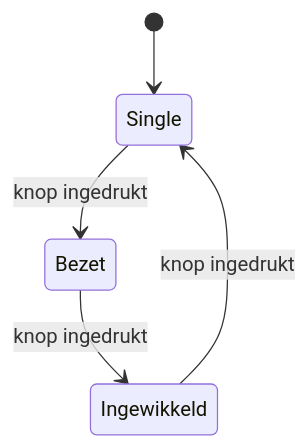
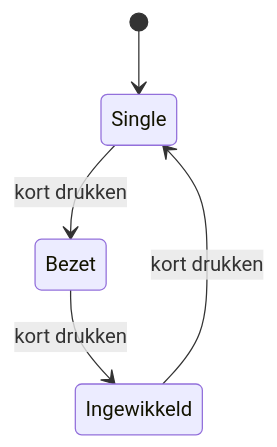
One commit to osamalasmi/hartketting-013 changed the second of 5 diagrams in docs/ontwerp.md. Above: the diagram before and after it, drawn with Mermaid. The commit also changed other lines of this file and 2 other files, not shown here.

````diff
--- a/docs/ontwerp.md
+++ b/docs/ontwerp.md
@@ -196,7 +230,7 @@
 ```mermaid
 stateDiagram-v2
     [*] --> Single
-    Single --> Bezet: knop ingedrukt
-    Bezet --> Ingewikkeld: knop ingedrukt
-    Ingewikkeld --> Single: knop ingedrukt
+    Single --> Bezet: kort drukken
+    Bezet --> Ingewikkeld: kort drukken
+    Ingewikkeld --> Single: kort drukken
 ```
````
